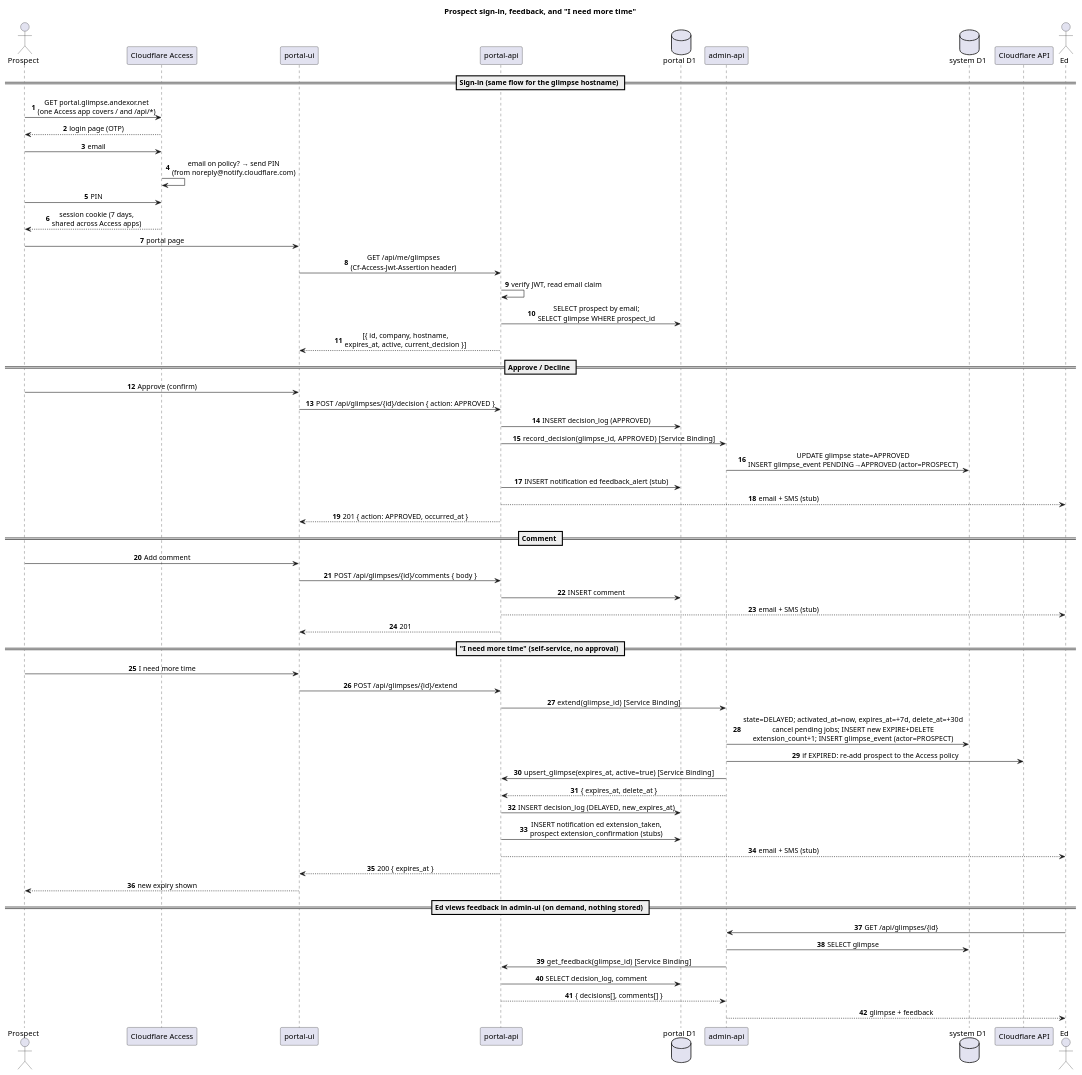
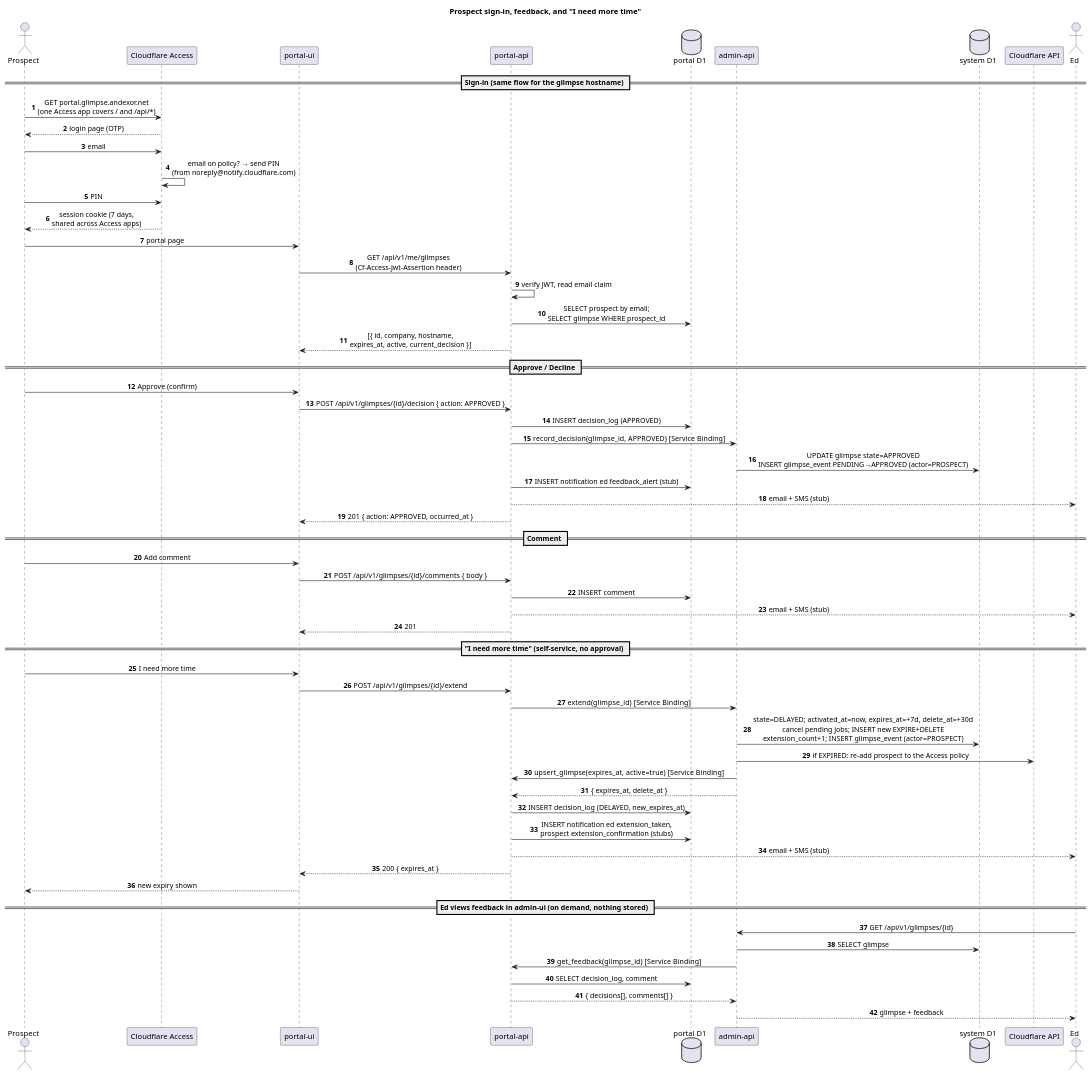
The diagram in docs/diagrams/seq-feedback.puml (andexor/andexor-glimpse-main), drawn with PlantUML before and after one commit. The commit also changed 30 other files, not shown here.

```diff
--- a/docs/diagrams/seq-feedback.puml
+++ b/docs/diagrams/seq-feedback.puml
@@ -1,70 +1,70 @@
 @startuml seq-feedback
 title Prospect sign-in, feedback, and "I need more time"
 
 skinparam shadowing false
 skinparam defaultFontName Helvetica
 skinparam sequenceMessageAlign center
 autonumber
 
 actor Prospect
 participant "Cloudflare Access" as Access
 participant "portal-ui" as UI
 participant "portal-api" as PAPI
 database "portal D1" as PDB
 participant "admin-api" as AAPI
 database "system D1" as SDB
 participant "Cloudflare API" as CF
 actor Ed
 
 == Sign-in (same flow for the glimpse hostname) ==
 Prospect -> Access : GET portal.glimpse.andexor.net\n(one Access app covers / and /api/*)
 Access --> Prospect : login page (OTP)
 Prospect -> Access : email
 Access -> Access : email on policy? → send PIN\n(from noreply@notify.cloudflare.com)
 Prospect -> Access : PIN
 Access --> Prospect : session cookie (7 days,\nshared across Access apps)
 Prospect -> UI : portal page
-UI -> PAPI : GET /api/me/glimpses\n(Cf-Access-Jwt-Assertion header)
+UI -> PAPI : GET /api/v1/me/glimpses\n(Cf-Access-Jwt-Assertion header)
 PAPI -> PAPI : verify JWT, read email claim
 PAPI -> PDB : SELECT prospect by email;\nSELECT glimpse WHERE prospect_id
 PAPI --> UI : [{ id, company, hostname,\nexpires_at, active, current_decision }]
 
 == Approve / Decline ==
 Prospect -> UI : Approve (confirm)
-UI -> PAPI : POST /api/glimpses/{id}/decision { action: APPROVED }
+UI -> PAPI : POST /api/v1/glimpses/{id}/decision { action: APPROVED }
 PAPI -> PDB : INSERT decision_log (APPROVED)
 PAPI -> AAPI : record_decision(glimpse_id, APPROVED)   [Service Binding]
 AAPI -> SDB : UPDATE glimpse state=APPROVED\nINSERT glimpse_event PENDING→APPROVED (actor=PROSPECT)
 PAPI -> PDB : INSERT notification ed feedback_alert (stub)
 PAPI --> Ed : email + SMS (stub)
 PAPI --> UI : 201 { action: APPROVED, occurred_at }
 
 == Comment ==
 Prospect -> UI : Add comment
-UI -> PAPI : POST /api/glimpses/{id}/comments { body }
+UI -> PAPI : POST /api/v1/glimpses/{id}/comments { body }
 PAPI -> PDB : INSERT comment
 PAPI --> Ed : email + SMS (stub)
 PAPI --> UI : 201
 
 == "I need more time" (self-service, no approval) ==
 Prospect -> UI : I need more time
-UI -> PAPI : POST /api/glimpses/{id}/extend
+UI -> PAPI : POST /api/v1/glimpses/{id}/extend
 PAPI -> AAPI : extend(glimpse_id)   [Service Binding]
 AAPI -> SDB : state=DELAYED; activated_at=now, expires_at=+7d, delete_at=+30d\ncancel pending jobs; INSERT new EXPIRE+DELETE\nextension_count+1; INSERT glimpse_event (actor=PROSPECT)
 AAPI -> CF : if EXPIRED: re-add prospect to the Access policy
 AAPI -> PAPI : upsert_glimpse(expires_at, active=true)   [Service Binding]
 AAPI --> PAPI : { expires_at, delete_at }
 PAPI -> PDB : INSERT decision_log (DELAYED, new_expires_at)
 PAPI -> PDB : INSERT notification ed extension_taken,\nprospect extension_confirmation (stubs)
 PAPI --> Ed : email + SMS (stub)
 PAPI --> UI : 200 { expires_at }
 UI --> Prospect : new expiry shown
 
 == Ed views feedback in admin-ui (on demand, nothing stored) ==
-Ed -> AAPI : GET /api/glimpses/{id}
+Ed -> AAPI : GET /api/v1/glimpses/{id}
 AAPI -> SDB : SELECT glimpse
 AAPI -> PAPI : get_feedback(glimpse_id)   [Service Binding]
 PAPI -> PDB : SELECT decision_log, comment
 PAPI --> AAPI : { decisions[], comments[] }
 AAPI --> Ed : glimpse + feedback
 @enduml
```
